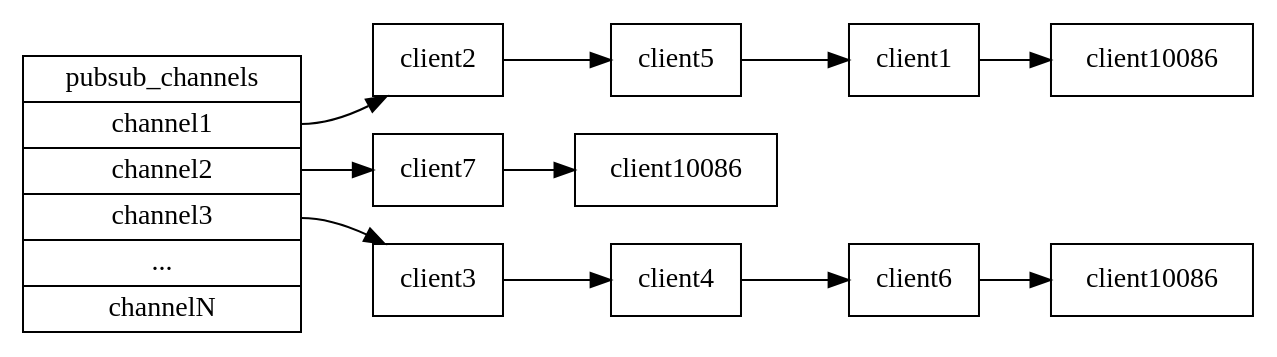
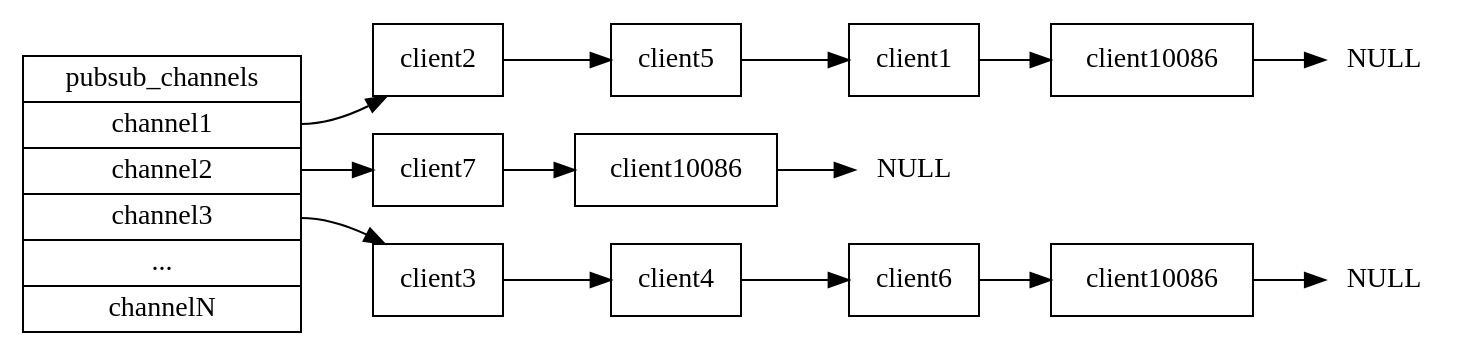
The diagram in feature/image/new_subscribe.dot (huangzworks/redisbook), drawn with Graphviz before and after one commit. The commit also changed 1 other file, not shown here.

```diff
--- a/feature/image/new_subscribe.dot
+++ b/feature/image/new_subscribe.dot
@@ -1,40 +1,46 @@
 digraph new_subscribe {
 
     rankdir = LR;
 
     node [shape = record];
 
     // keys
 
     pubsub [label = "pubsub_channels |<channel1> channel1 |<channel2> channel2 |<channel3> channel3 | ... |<channelN> channelN"];
 
     // clients blocking for channel1
     client1 [label = "client1"];
     client5 [label = "client5"];
     client2 [label = "client2"];
     client10086 [label = "client10086"];
     client10086_1 [label = "client10086"];
     client10086_2 [label = "client10086"];
+    null_1 [label = "NULL", shape = plaintext];
+    null_2 [label = "NULL", shape = plaintext];
+    null_3 [label = "NULL", shape = plaintext];
     
     pubsub:channel1 -> client2;
     client2 -> client5;
     client5 -> client1;
     client1 -> client10086;
+    client10086 -> null_1;
 
     // clients blocking for channel2
     client7 [label = "client7"];
 
     pubsub:channel2 -> client7;
     client7 -> client10086_1;
+    client10086_1 -> null_2;
 
     // channel
 
     client3 [label = "client3"];
     client4 [label = "client4"];
     client6 [label = "client6"];
 
     pubsub:channel3 -> client3;
     client3 -> client4;
     client4 -> client6;
     client6 -> client10086_2;
+    client10086_2 -> null_3;
 }
```
